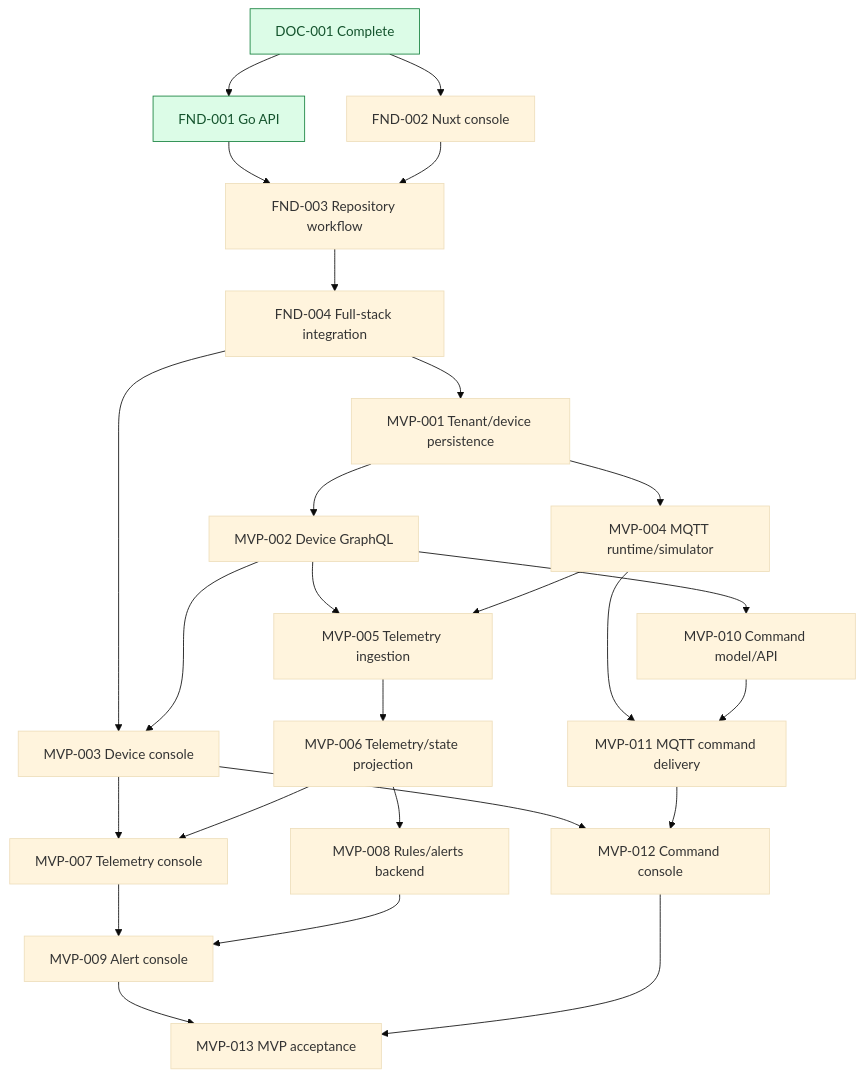
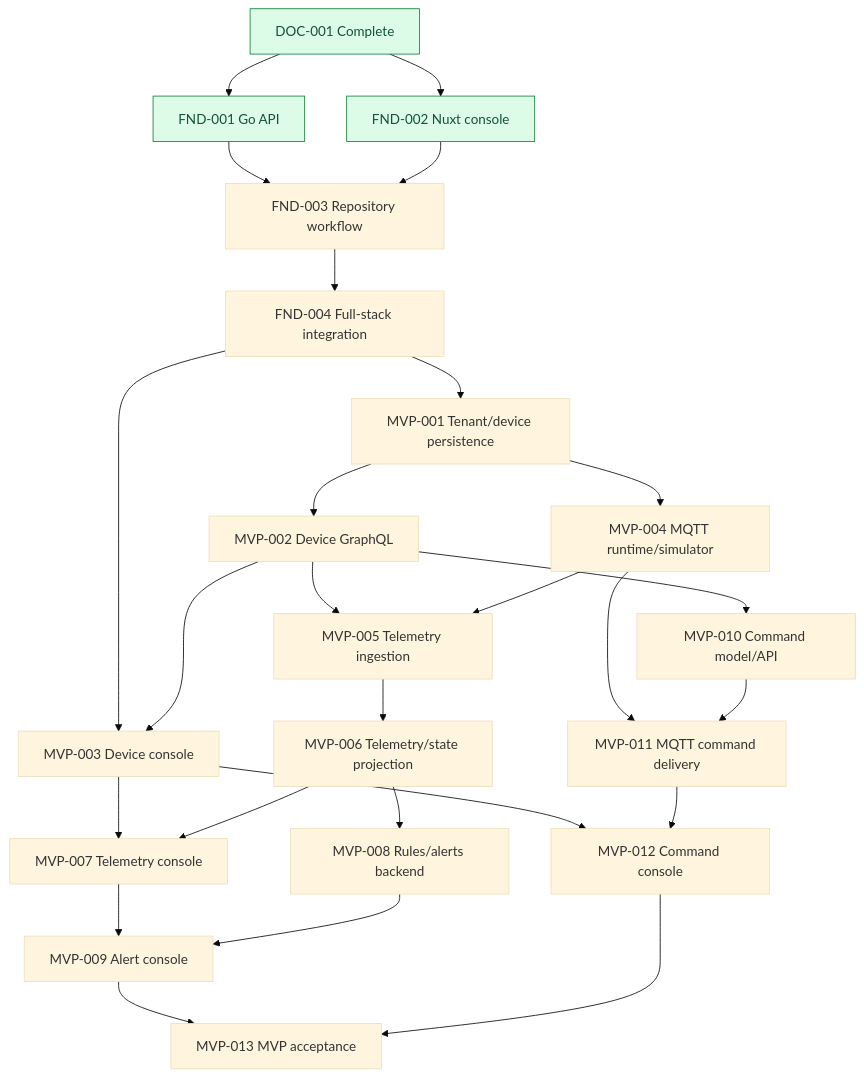
Before and after one commit to methat-ruk/pulsegrid: the second of 2 diagrams in docs/roadmap/roadmap.md, drawn with Mermaid (base theme). The commit also changed other lines of this file and 37 other files, not shown here.

````diff
--- a/docs/roadmap/roadmap.md
+++ b/docs/roadmap/roadmap.md
@@ -49,37 +49,38 @@
 ```mermaid
 flowchart TD
     DOC001[DOC-001 Complete] --> FND001[FND-001 Go API]
     DOC001 --> FND002[FND-002 Nuxt console]
     FND001 --> FND003[FND-003 Repository workflow]
     FND002 --> FND003
     FND003 --> FND004[FND-004 Full-stack integration]
 
     FND004 --> MVP001[MVP-001 Tenant/device persistence]
     MVP001 --> MVP002[MVP-002 Device GraphQL]
     FND004 --> MVP003[MVP-003 Device console]
     MVP002 --> MVP003
 
     MVP001 --> MVP004[MVP-004 MQTT runtime/simulator]
     MVP002 --> MVP005[MVP-005 Telemetry ingestion]
     MVP004 --> MVP005
     MVP005 --> MVP006[MVP-006 Telemetry/state projection]
     MVP003 --> MVP007[MVP-007 Telemetry console]
     MVP006 --> MVP007
 
     MVP006 --> MVP008[MVP-008 Rules/alerts backend]
     MVP007 --> MVP009[MVP-009 Alert console]
     MVP008 --> MVP009
 
     MVP002 --> MVP010[MVP-010 Command model/API]
     MVP004 --> MVP011[MVP-011 MQTT command delivery]
     MVP010 --> MVP011
     MVP003 --> MVP012[MVP-012 Command console]
     MVP011 --> MVP012
 
     MVP009 --> MVP013[MVP-013 MVP acceptance]
     MVP012 --> MVP013
 
     classDef complete fill:#DCFCE7,stroke:#15803D,color:#14532D;
     class DOC001 complete;
     class FND001 complete;
+    class FND002 complete;
 ```
````
